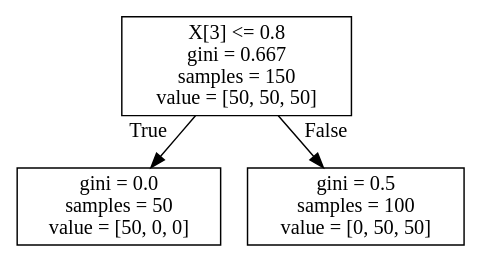
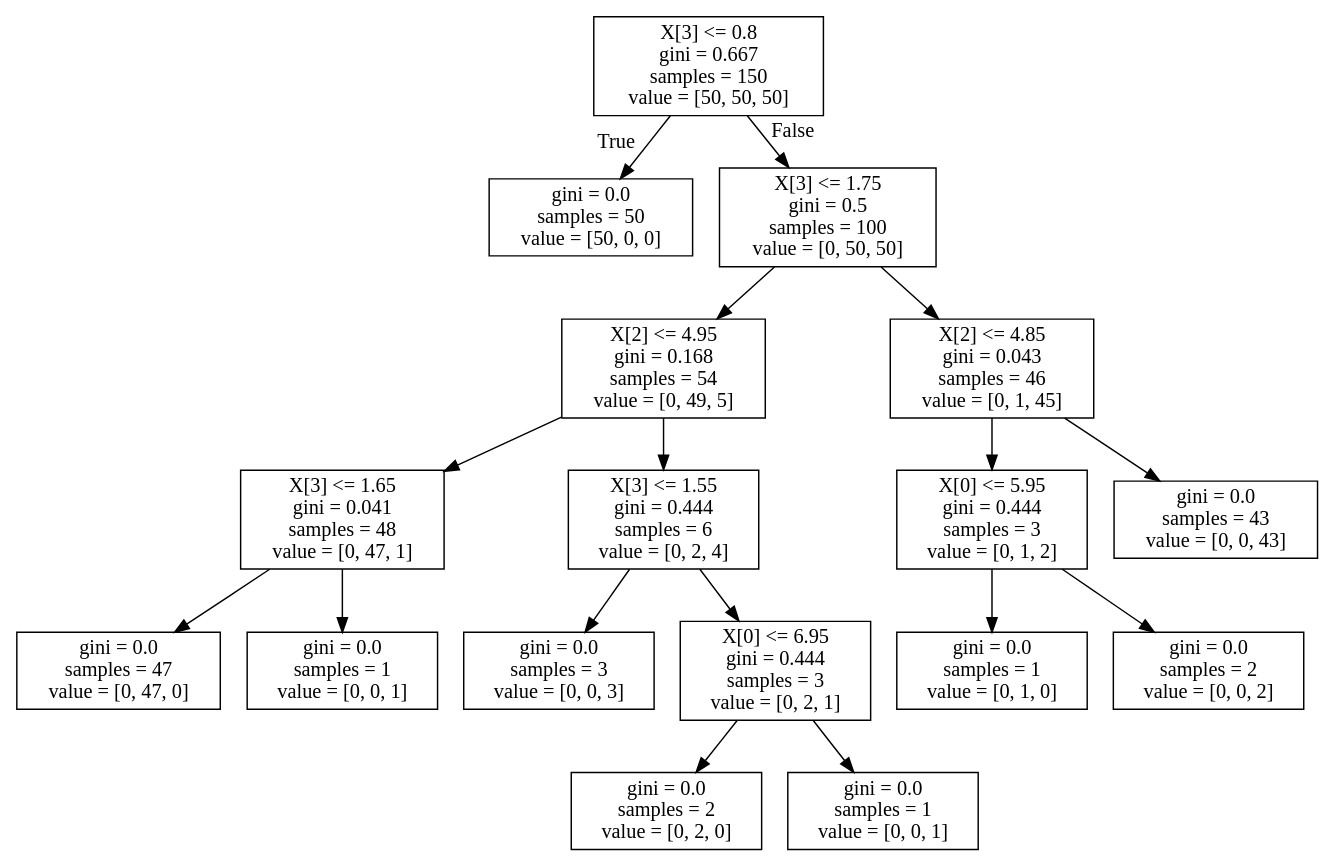
The diagram in TP2/essai.dot (SturgisRaphael/TPIAA), drawn with Graphviz before and after one commit. The commit also changed 12 other files, not shown here.

```diff
--- a/TP2/essai.dot
+++ b/TP2/essai.dot
@@ -1,8 +1,36 @@
 digraph Tree {
 node [shape=box] ;
 0 [label="X[3] <= 0.8\ngini = 0.667\nsamples = 150\nvalue = [50, 50, 50]"] ;
 1 [label="gini = 0.0\nsamples = 50\nvalue = [50, 0, 0]"] ;
 0 -> 1 [labeldistance=2.5, labelangle=45, headlabel="True"] ;
-2 [label="gini = 0.5\nsamples = 100\nvalue = [0, 50, 50]"] ;
+2 [label="X[3] <= 1.75\ngini = 0.5\nsamples = 100\nvalue = [0, 50, 50]"] ;
 0 -> 2 [labeldistance=2.5, labelangle=-45, headlabel="False"] ;
+3 [label="X[2] <= 4.95\ngini = 0.168\nsamples = 54\nvalue = [0, 49, 5]"] ;
+2 -> 3 ;
+5 [label="X[3] <= 1.65\ngini = 0.041\nsamples = 48\nvalue = [0, 47, 1]"] ;
+3 -> 5 ;
+7 [label="gini = 0.0\nsamples = 47\nvalue = [0, 47, 0]"] ;
+5 -> 7 ;
+8 [label="gini = 0.0\nsamples = 1\nvalue = [0, 0, 1]"] ;
+5 -> 8 ;
+6 [label="X[3] <= 1.55\ngini = 0.444\nsamples = 6\nvalue = [0, 2, 4]"] ;
+3 -> 6 ;
+9 [label="gini = 0.0\nsamples = 3\nvalue = [0, 0, 3]"] ;
+6 -> 9 ;
+10 [label="X[0] <= 6.95\ngini = 0.444\nsamples = 3\nvalue = [0, 2, 1]"] ;
+6 -> 10 ;
+11 [label="gini = 0.0\nsamples = 2\nvalue = [0, 2, 0]"] ;
+10 -> 11 ;
+12 [label="gini = 0.0\nsamples = 1\nvalue = [0, 0, 1]"] ;
+10 -> 12 ;
+4 [label="X[2] <= 4.85\ngini = 0.043\nsamples = 46\nvalue = [0, 1, 45]"] ;
+2 -> 4 ;
+13 [label="X[0] <= 5.95\ngini = 0.444\nsamples = 3\nvalue = [0, 1, 2]"] ;
+4 -> 13 ;
+15 [label="gini = 0.0\nsamples = 1\nvalue = [0, 1, 0]"] ;
+13 -> 15 ;
+16 [label="gini = 0.0\nsamples = 2\nvalue = [0, 0, 2]"] ;
+13 -> 16 ;
+14 [label="gini = 0.0\nsamples = 43\nvalue = [0, 0, 43]"] ;
+4 -> 14 ;
 }
```
